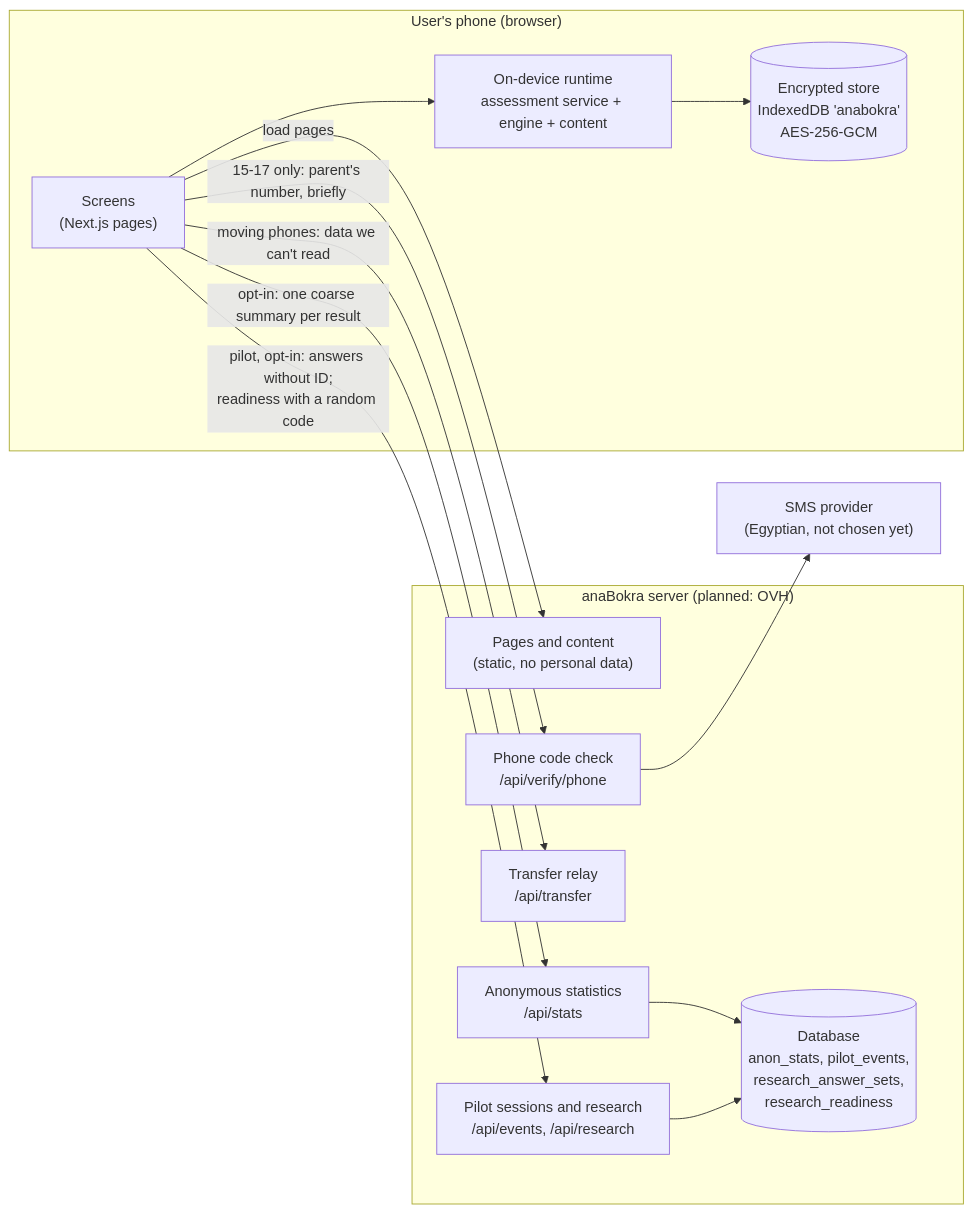
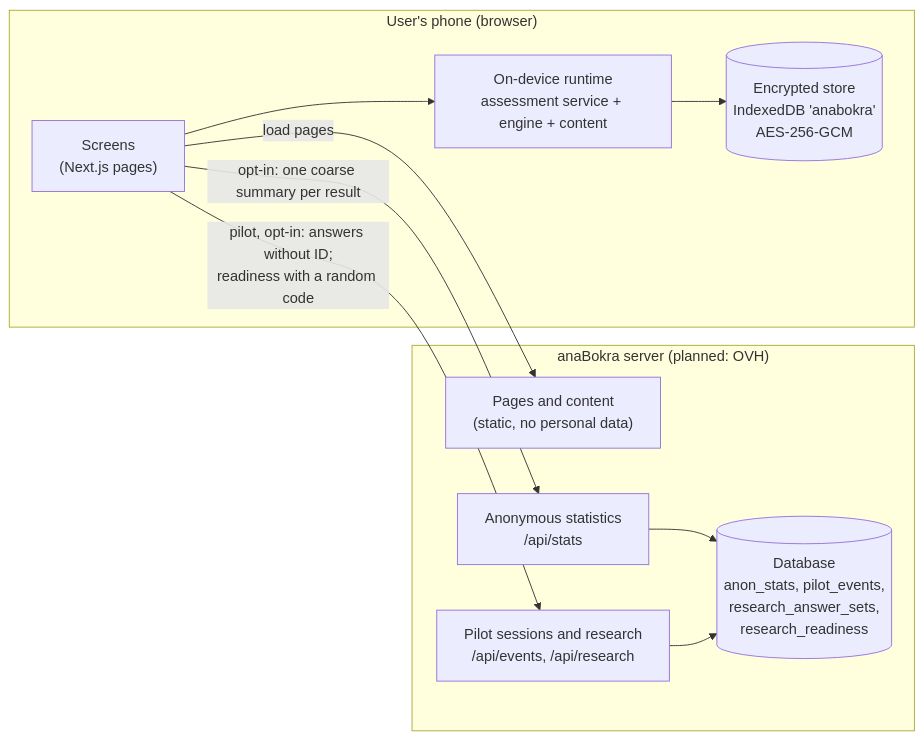
The diagram in docs/system/README.md (geomagdy95-netizen/anaBokra), drawn with Mermaid before and after one commit. The commit also changed other lines of this file and 27 other files, not shown here.

````diff
--- a/docs/system/README.md
+++ b/docs/system/README.md
@@ -42,28 +42,22 @@
 ```mermaid
 flowchart LR
     subgraph phone["User's phone (browser)"]
         ui["Screens<br/>(Next.js pages)"]
         rt["On-device runtime<br/>assessment service + engine + content"]
         store[("Encrypted store<br/>IndexedDB 'anabokra'<br/>AES-256-GCM")]
         ui --> rt --> store
     end
 
     subgraph server["anaBokra server (planned: OVH)"]
         pages["Pages and content<br/>(static, no personal data)"]
-        verify["Phone code check<br/>/api/verify/phone"]
-        relay["Transfer relay<br/>/api/transfer"]
         stats["Anonymous statistics<br/>/api/stats"]
         research["Pilot sessions and research<br/>/api/events, /api/research"]
         db[("Database<br/>anon_stats, pilot_events,<br/>research_answer_sets,<br/>research_readiness")]
         stats --> db
         research --> db
     end
 
-    sms["SMS provider<br/>(Egyptian, not chosen yet)"]
-
     ui -- "load pages" --> pages
-    ui -- "15-17 only: parent's number, briefly" --> verify --> sms
-    ui -- "moving phones: data we can't read" --> relay
     ui -- "opt-in: one coarse summary per result" --> stats
     ui -- "pilot, opt-in: answers without ID;<br/>readiness with a random code" --> research
 ```
````
